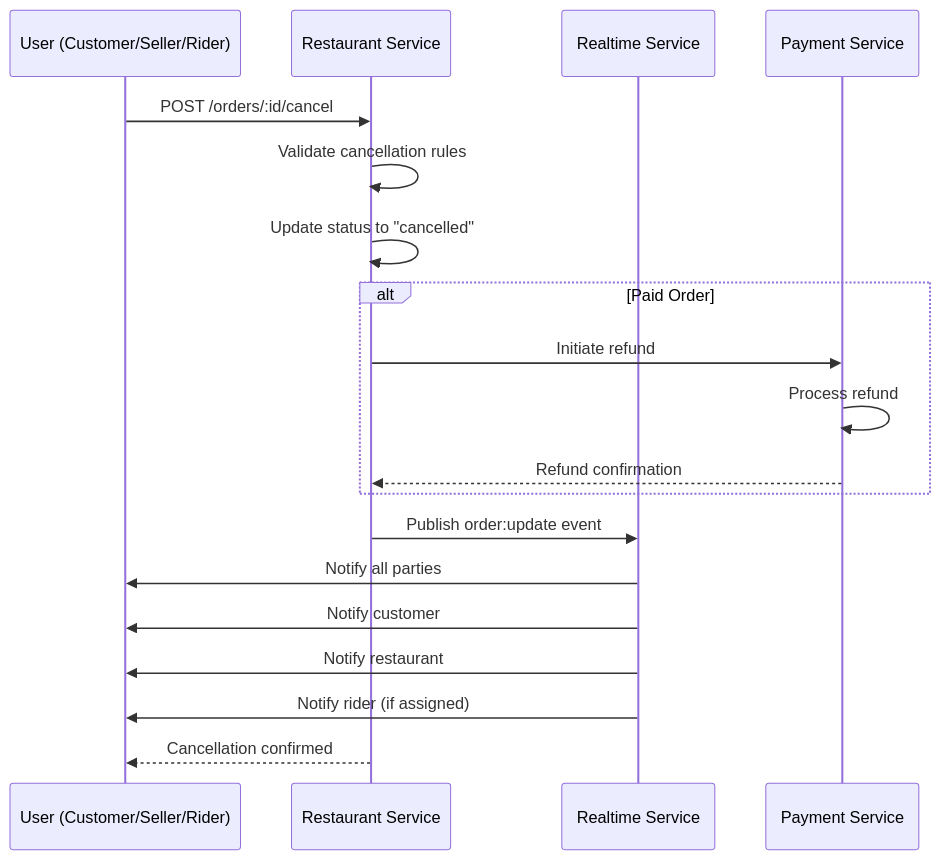
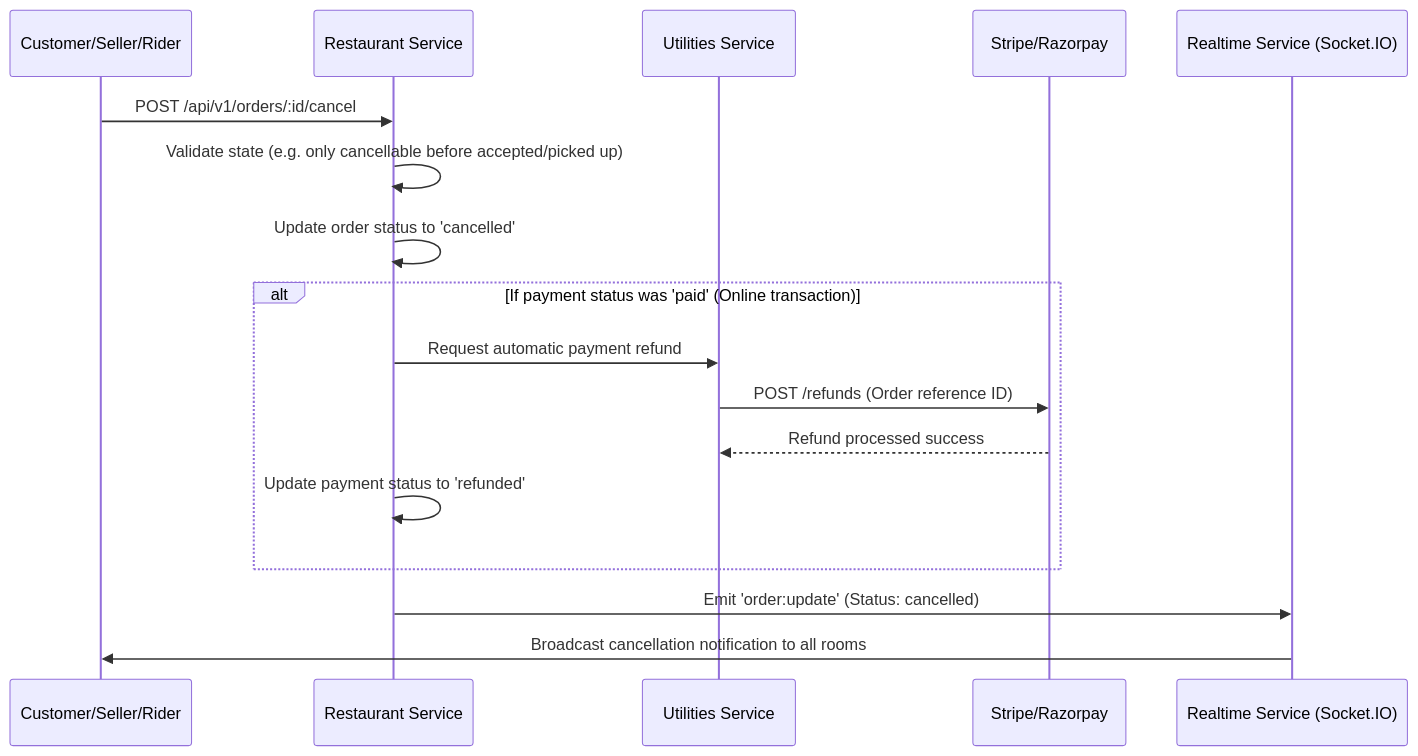
Before and after one commit to samratmallick-dev/kravix-food-delivery-application: the fourth of 5 diagrams in README.md, drawn with Mermaid. The commit also changed other lines of this file, not shown here.

````diff
--- a/README.md
+++ b/README.md
@@ -1009,24 +290,22 @@
 ```mermaid
 sequenceDiagram
-    participant U as User (Customer/Seller/Rider)
-    participant R as Restaurant Service
-    participant RT as Realtime Service
-    participant P as Payment Service
+    participant User as Customer/Seller/Rider
+    participant RestSvc as Restaurant Service
+    participant UtilSvc as Utilities Service
+    participant Payment as Stripe/Razorpay
+    participant Socket as Realtime Service (Socket.IO)
 
-    U->>R: POST /orders/:id/cancel
-    R->>R: Validate cancellation rules
-    R->>R: Update status to "cancelled"
+    User->>RestSvc: POST /api/v1/orders/:id/cancel
+    RestSvc->>RestSvc: Validate state (e.g. only cancellable before accepted/picked up)
+    RestSvc->>RestSvc: Update order status to 'cancelled'
     
-    alt Paid Order
-        R->>P: Initiate refund
-        P->>P: Process refund
-        P-->>R: Refund confirmation
+    alt If payment status was 'paid' (Online transaction)
+        RestSvc->>UtilSvc: Request automatic payment refund
+        UtilSvc->>Payment: POST /refunds (Order reference ID)
+        Payment-->>UtilSvc: Refund processed success
+        RestSvc->>RestSvc: Update payment status to 'refunded'
     end
     
-    R->>RT: Publish order:update event
-    RT->>U: Notify all parties
-    RT->>U: Notify customer
-    RT->>U: Notify restaurant
-    RT->>U: Notify rider (if assigned)
-    R-->>U: Cancellation confirmed
+    RestSvc->>Socket: Emit 'order:update' (Status: cancelled)
+    Socket->>User: Broadcast cancellation notification to all rooms
 ```
````
